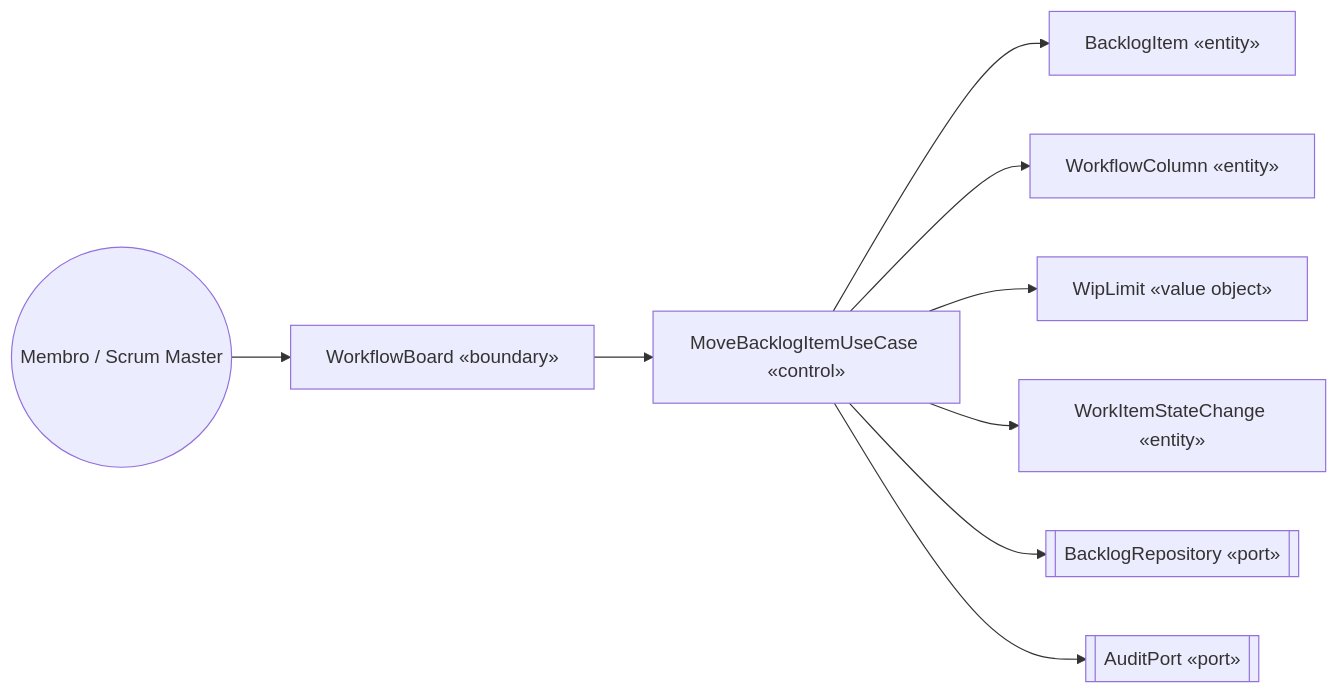
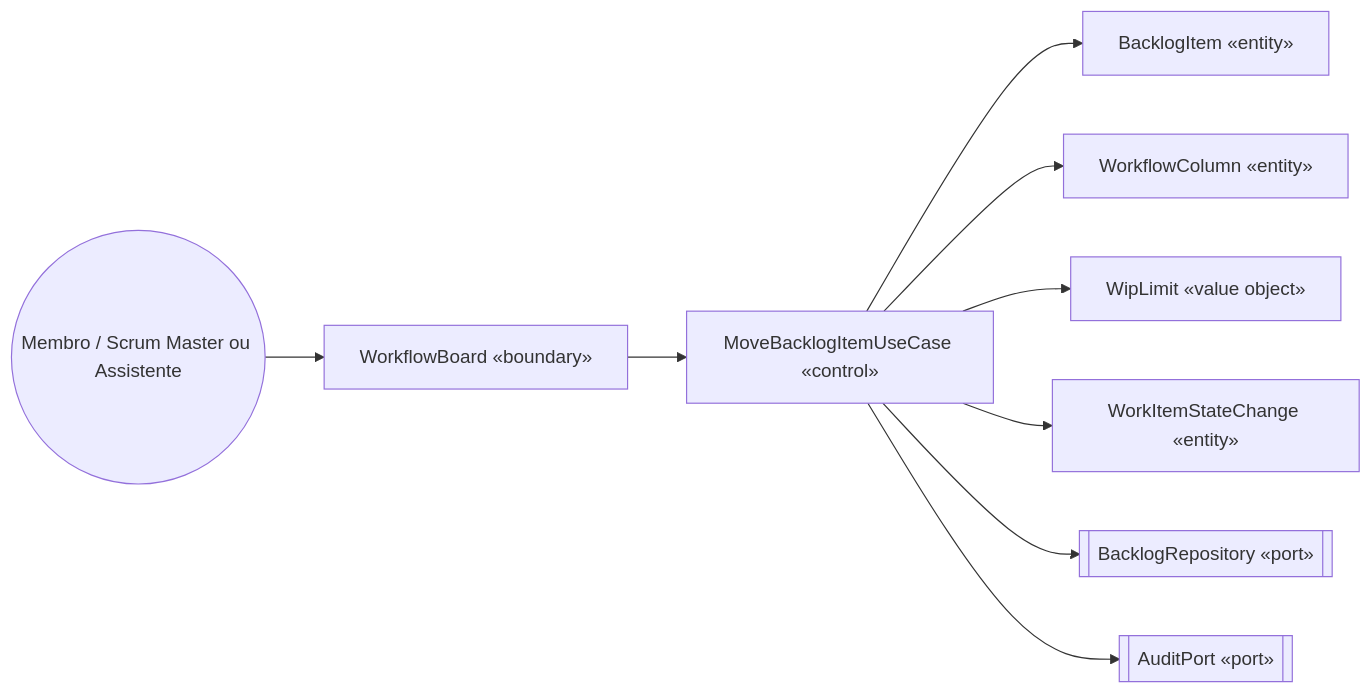
One commit to LuHenRe/PETBSI-SCRUM changed the second of 5 diagrams in docs/especificao-de-software/07-boundary-control-entity.md. Above: the diagram before and after it, drawn with Mermaid. The commit also changed other lines of this file and 18 other files, not shown here.

````diff
--- a/docs/especificao-de-software/07-boundary-control-entity.md
+++ b/docs/especificao-de-software/07-boundary-control-entity.md
@@ -69,11 +69,11 @@
 ```mermaid
 flowchart LR
-    Membro((Membro / Scrum Master)) --> Board[WorkflowBoard «boundary»]
+    Membro((Membro / Scrum Master ou Assistente)) --> Board[WorkflowBoard «boundary»]
     Board --> Move[MoveBacklogItemUseCase «control»]
     Move --> Item[BacklogItem «entity»]
     Move --> Column[WorkflowColumn «entity»]
     Move --> Policy[WipLimit «value object»]
     Move --> History[WorkItemStateChange «entity»]
     Move --> Repo[[BacklogRepository «port»]]
     Move --> Audit[[AuditPort «port»]]
 ```
````
